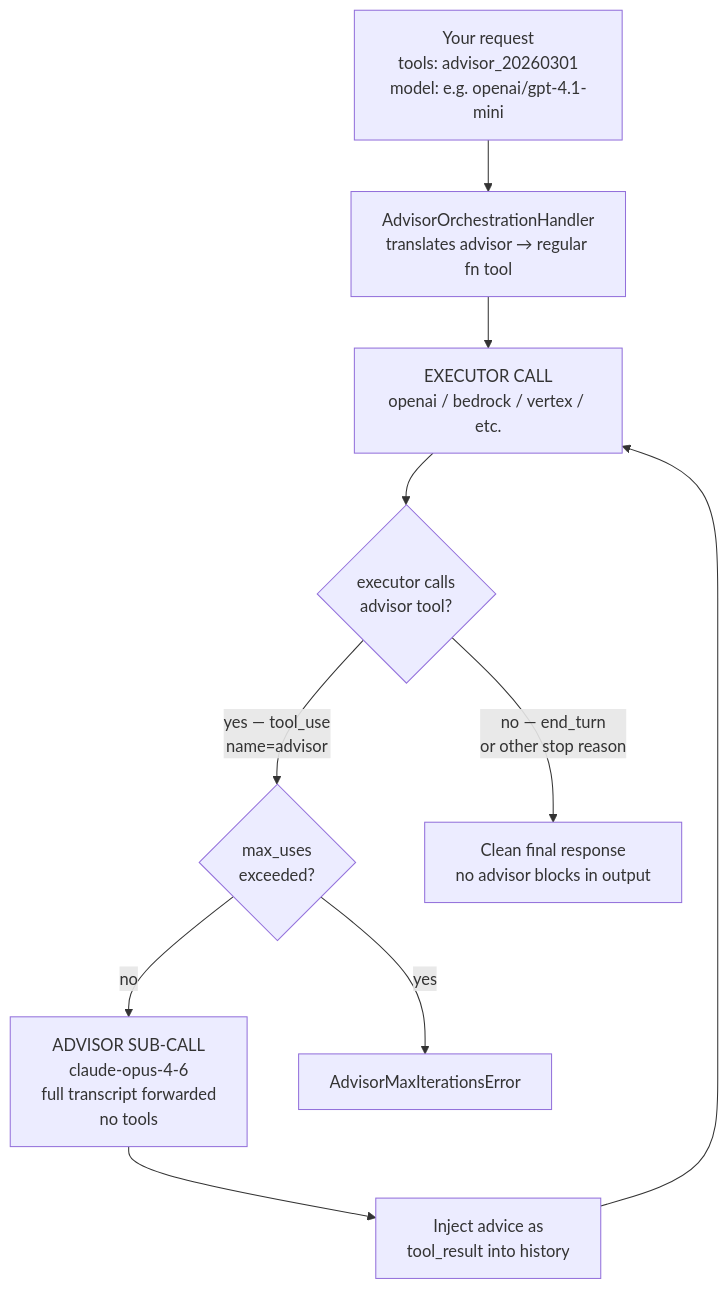
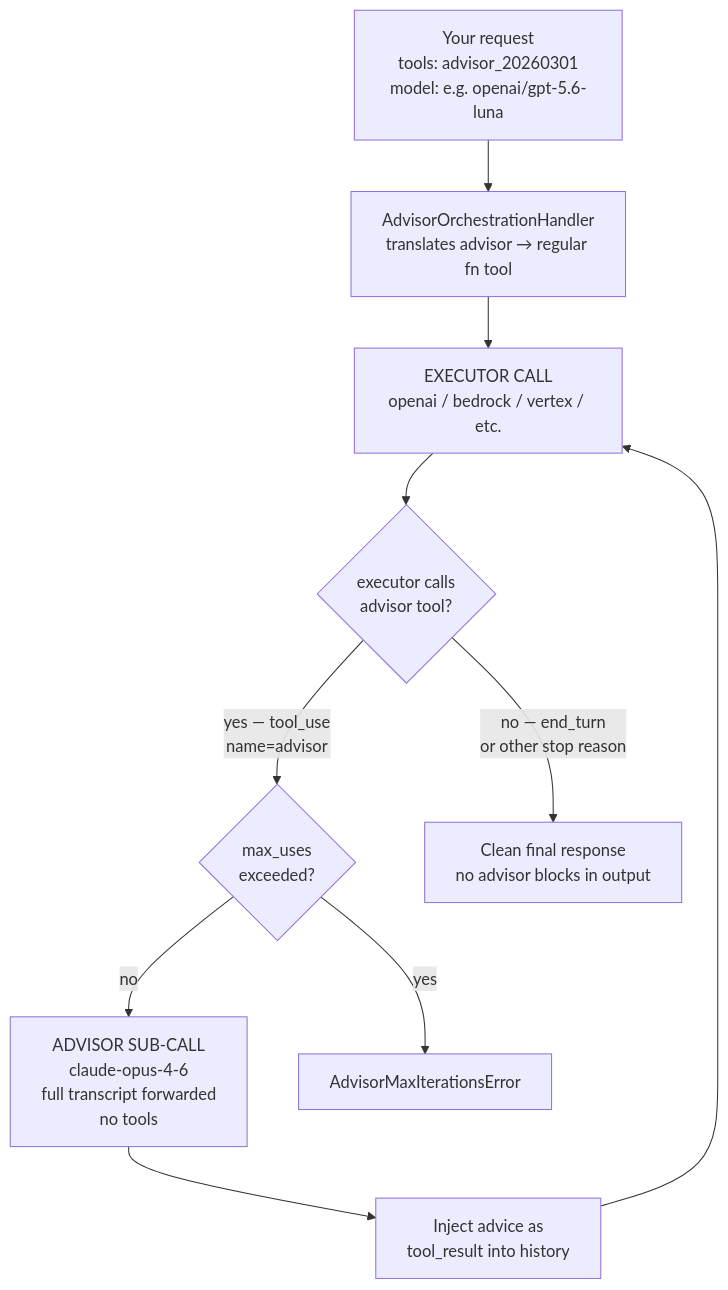
One commit to BerriAI/litellm-docs changed the diagram in docs/completion/anthropic_advisor_tool.md. Above: the diagram before and after it, drawn with Mermaid. The commit also changed other lines of this file and 416 other files, not shown here.

````diff
--- a/docs/completion/anthropic_advisor_tool.md
+++ b/docs/completion/anthropic_advisor_tool.md
@@ -31,20 +31,20 @@
 ```mermaid
 flowchart TD
-    A["Your request\ntools: advisor_20260301\nmodel: e.g. openai/gpt-4.1-mini"] --> B["AdvisorOrchestrationHandler\ntranslates advisor → regular fn tool"]
+    A["Your request\ntools: advisor_20260301\nmodel: e.g. openai/gpt-5.6-luna"] --> B["AdvisorOrchestrationHandler\ntranslates advisor → regular fn tool"]
 
     B --> C["EXECUTOR CALL\nopenai / bedrock / vertex / etc."]
 
     C --> D{"executor calls\nadvisor tool?"}
 
     D -->|"yes — tool_use\nname=advisor"| E{"max_uses\nexceeded?"}
 
     E -->|no| F["ADVISOR SUB-CALL\nclaude-opus-4-6\nfull transcript forwarded\nno tools"]
 
     F --> G["Inject advice as\ntool_result into history"]
 
     G --> C
 
     E -->|yes| H["AdvisorMaxIterationsError"]
 
     D -->|"no — end_turn\nor other stop reason"| I["Clean final response\nno advisor blocks in output"]
 ```
````
